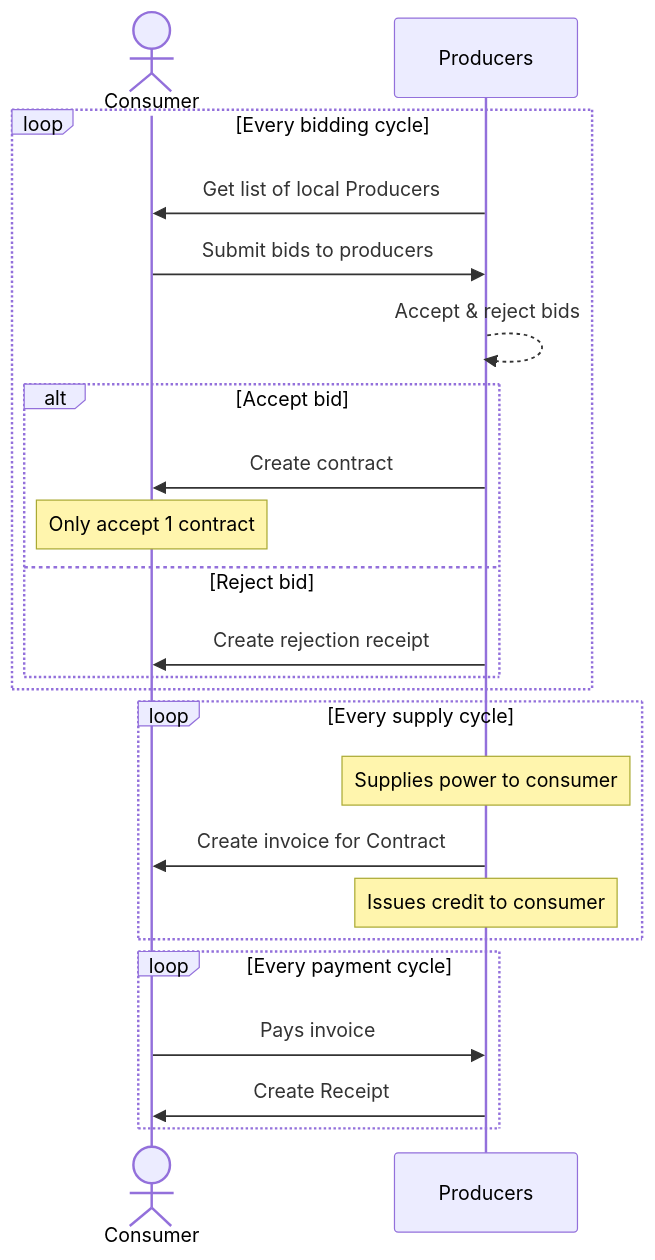
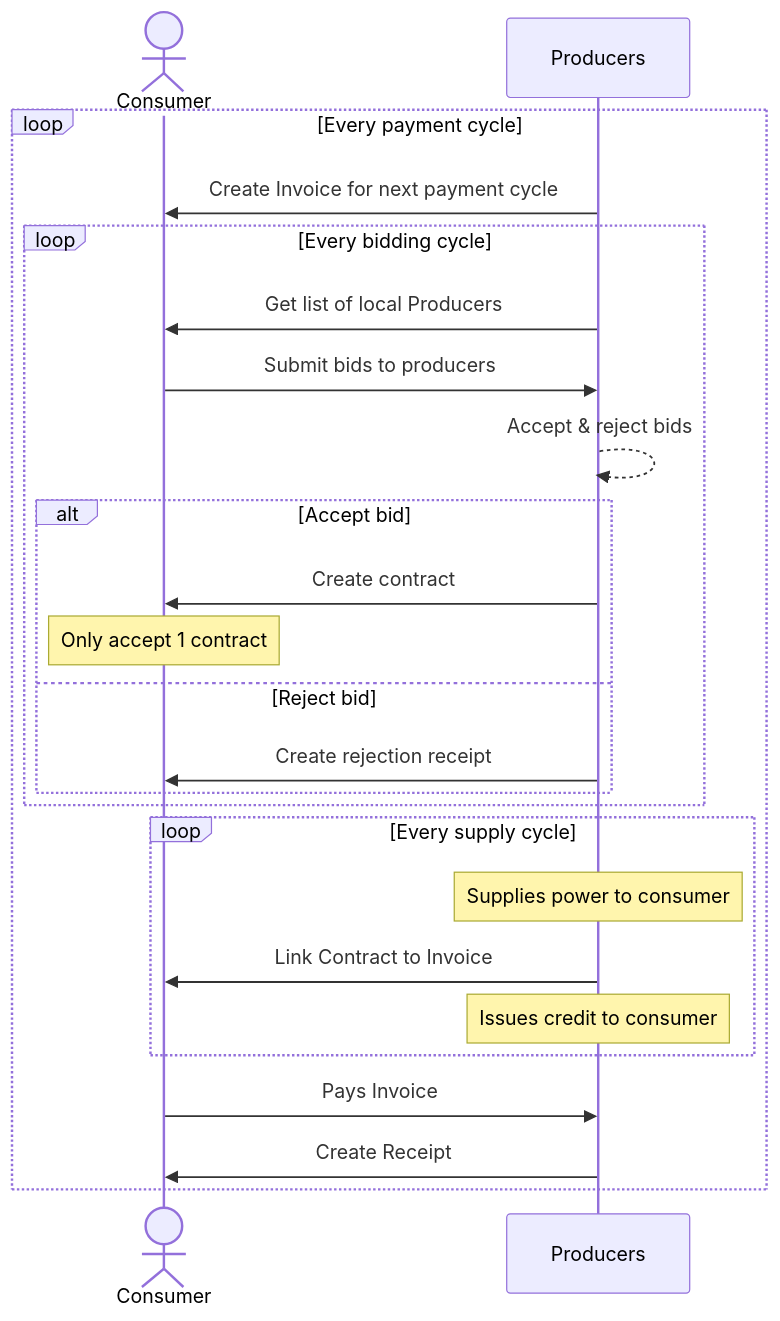
Before and after one commit to ioen-tech/ioen-micro-ledger: the first of 2 diagrams in SPEC.md, drawn with Mermaid. The commit also changed other lines of this file, not shown here.

Commit message:
Added invoices

````diff
--- a/SPEC.md
+++ b/SPEC.md
@@ -8,25 +8,26 @@
 ```mermaid
 sequenceDiagram
     actor C as Consumer
     participant P as Producers
-    loop Every bidding cycle
+    loop Every payment cycle
+        P->>C: Create Invoice for next payment cycle
+        loop Every bidding cycle
         P->>C: Get list of local Producers
         C->>P: Submit bids to producers
         P-->>P: Accept & reject bids
         alt Accept bid
             P->>C: Create contract
             Note over C: Only accept 1 contract
         else Reject bid
             P->>C: Create rejection receipt
         end
-    end
-    loop Every supply cycle
-        Note over P: Supplies power to consumer
-        P->>C: Create invoice for Contract
-        Note over P: Issues credit to consumer
-    end
-    loop Every payment cycle
-        C->>P: Pays invoice
+        end
+        loop Every supply cycle
+            Note over P: Supplies power to consumer
+            P->>C: Link Contract to Invoice
+            Note over P: Issues credit to consumer
+        end
+        C->>P: Pays Invoice
         P->>C: Create Receipt
     end
 ```
````
